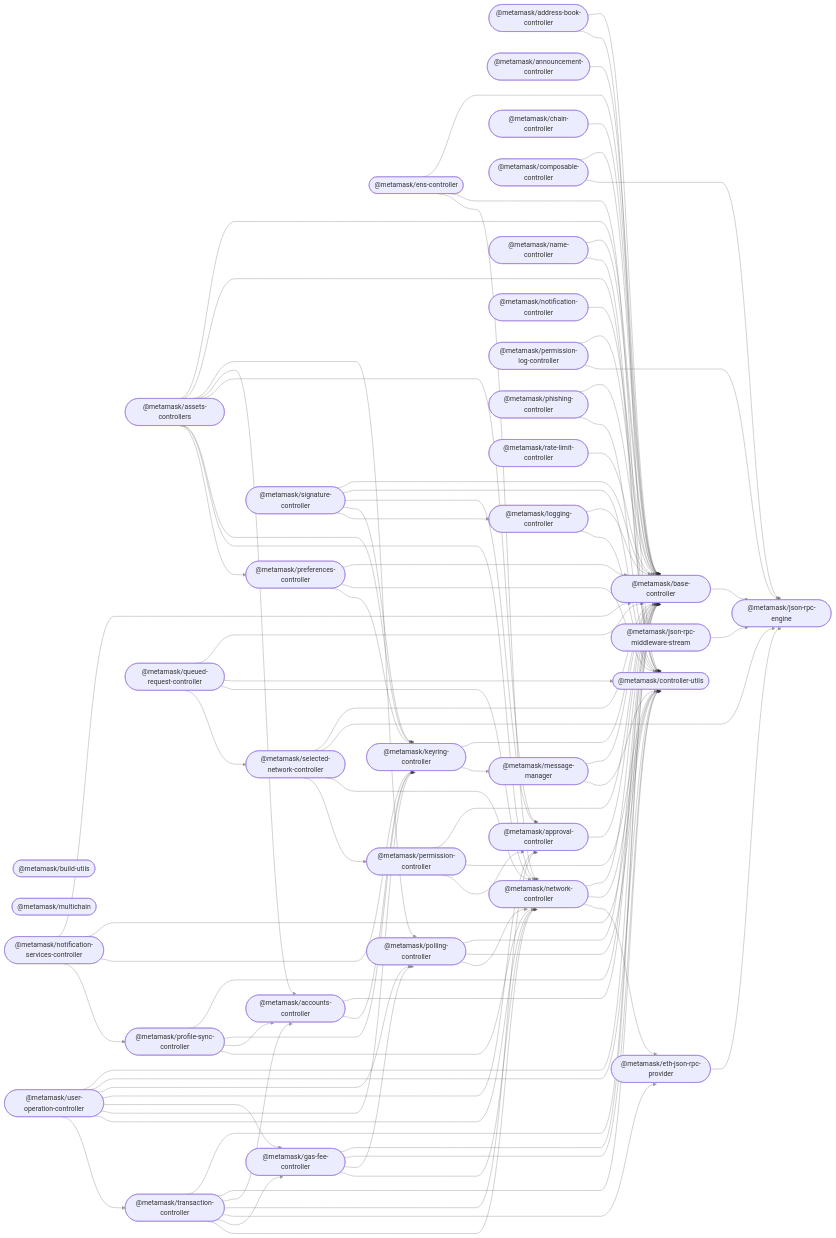
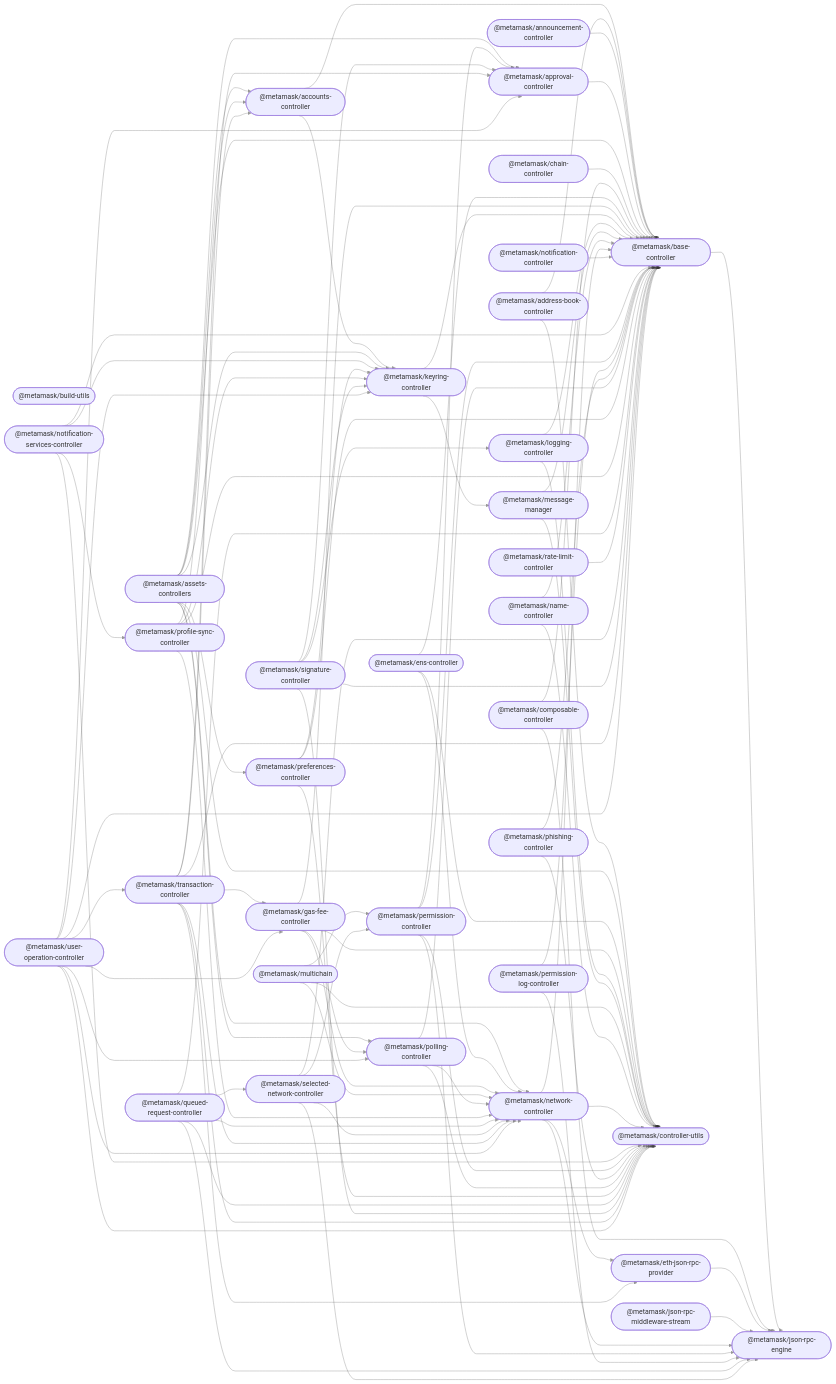
One commit to MetaMask/core changed the diagram in README.md. Above: the diagram before and after it, drawn with Mermaid.

Commit message:
add back readme content

```diff
--- a/README.md
+++ b/README.md
@@ -122,11 +122,15 @@
   logging_controller --> controller_utils;
   message_manager --> base_controller;
   message_manager --> controller_utils;
+  multichain --> controller_utils;
+  multichain --> network_controller;
+  multichain --> permission_controller;
   name_controller --> base_controller;
   name_controller --> controller_utils;
   network_controller --> base_controller;
   network_controller --> controller_utils;
   network_controller --> eth_json_rpc_provider;
+  network_controller --> json_rpc_engine;
   notification_controller --> base_controller;
   notification_services_controller --> base_controller;
   notification_services_controller --> controller_utils;
@@ -134,6 +138,7 @@
   notification_services_controller --> profile_sync_controller;
   permission_controller --> base_controller;
   permission_controller --> controller_utils;
+  permission_controller --> json_rpc_engine;
   permission_controller --> approval_controller;
   permission_log_controller --> base_controller;
   permission_log_controller --> json_rpc_engine;
@@ -151,6 +156,7 @@
   profile_sync_controller --> network_controller;
   queued_request_controller --> base_controller;
   queued_request_controller --> controller_utils;
+  queued_request_controller --> json_rpc_engine;
   queued_request_controller --> network_controller;
   queued_request_controller --> selected_network_controller;
   rate_limit_controller --> base_controller;
```
